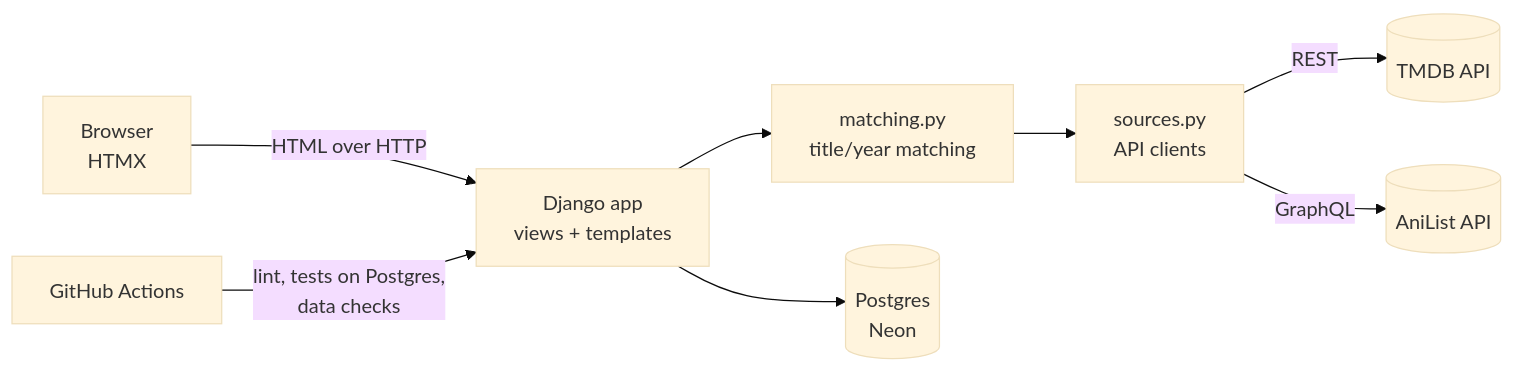
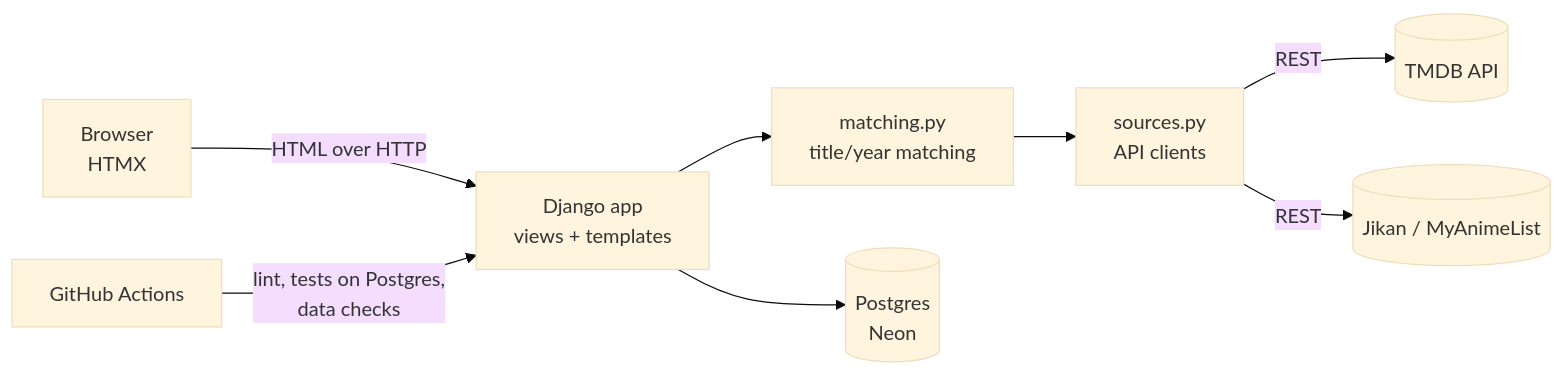
The diagram in README.md (Skand007/CurtainCall), drawn with Mermaid (base theme) before and after one commit. The commit also changed other lines of this file and 41 other files, not shown here.

Commit message:
Switch to MyAnimeList, owner tools, click-throughs

````diff
--- a/README.md
+++ b/README.md
@@ -32,10 +41,10 @@
 ```mermaid
 flowchart LR
     U[Browser<br/>HTMX] -->|HTML over HTTP| D[Django app<br/>views + templates]
     D --> M[matching.py<br/>title/year matching]
     M --> S[sources.py<br/>API clients]
     S -->|REST| T[(TMDB API)]
-    S -->|GraphQL| A[(AniList API)]
+    S -->|REST| A[(Jikan / MyAnimeList)]
     D --> P[(Postgres<br/>Neon)]
     CI[GitHub Actions] -->|lint, tests on Postgres,<br/>data checks| D
 ```
````
